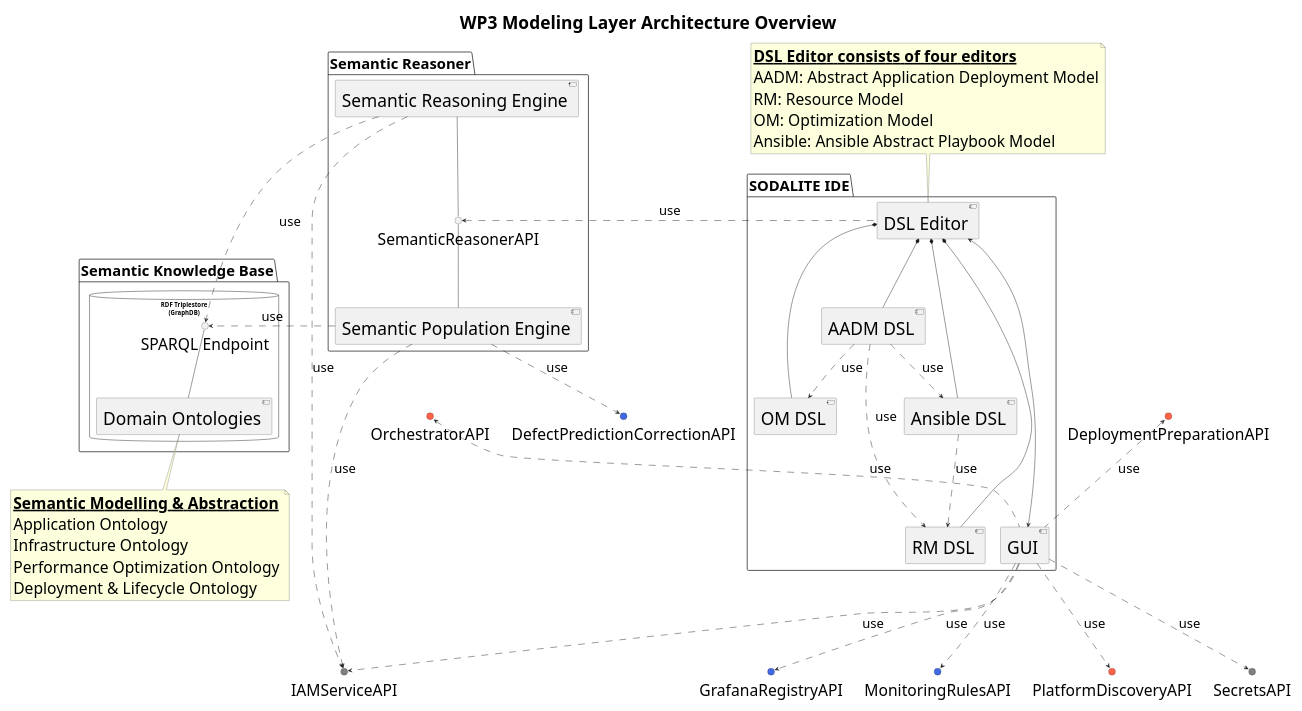
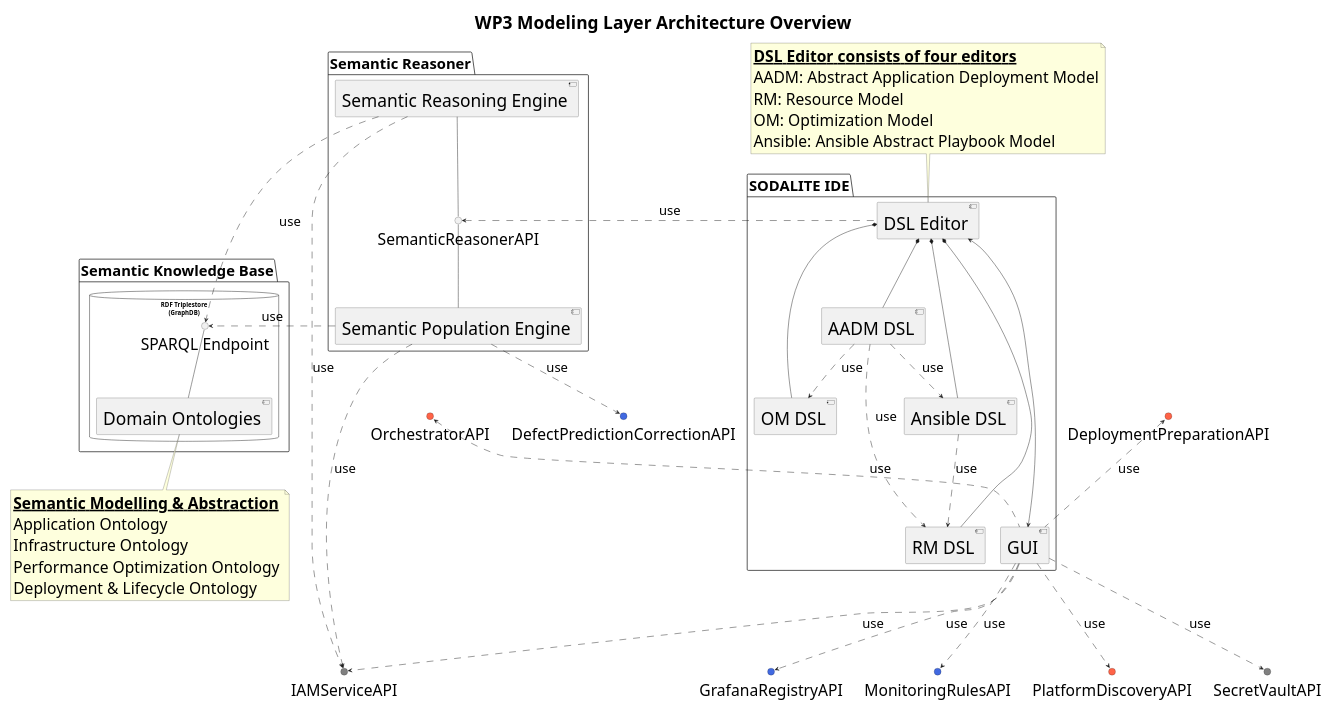
One commit to SODALITE-EU/project-wide-documentation changed the diagram in uml/component-diagrams/CD-WP3-ArchitectureOverview.puml. Above: the diagram before and after it, drawn with PlantUML.

Commit message:
Renamed SecretsAPI to SecretVaultAPI
Renamed SecretsAPI to SecretVaultAPI

```diff
--- a/uml/component-diagrams/CD-WP3-ArchitectureOverview.puml
+++ b/uml/component-diagrams/CD-WP3-ArchitectureOverview.puml
@@ -1,85 +1,85 @@
 @startuml
 title WP3 Modeling Layer Architecture Overview
 skinparam componentFontSize 40
 skinparam componentArrowFontSize 30
 skinparam packageFontSize 34
 skinparam interfaceFontSize 36
 skinparam titleFontSize 40
 skinparam NoteFontSize 36
 
 interface "IAMServiceAPI" as AAUAPI #808080
-interface "SecretsAPI" as SecretsAPI #808080
+interface "SecretVaultAPI" as SecretsAPI #808080
 interface "DeploymentPreparationAPI" as deploymentPreparationAPI #FF6347
 interface "DefectPredictionCorrectionAPI" as correctionAPI #4169E1
 interface "GrafanaRegistryAPI" as GrafanaRegistryAPI #4169E1
 interface "MonitoringRulesAPI" as monitoringRulesAPI #4169E1
 interface "OrchestratorAPI" as orchestratorAPI #FF6347
 interface "PlatformDiscoveryAPI" as PDS #FF6347
 
 package "SODALITE IDE" as IDE {
     component [DSL Editor] as ideDSLeditor
     component [AADM DSL] as AADM
     component [RM DSL] as RM
     component [OM DSL] as OM
     component [Ansible DSL] as Ansible
 
     ideDSLeditor *-- AADM
     ideDSLeditor *-- RM
     ideDSLeditor *-- OM
     ideDSLeditor *-- Ansible
     AADM ..> Ansible: use
     AADM ..> RM: use
     AADM ..> OM: use
     Ansible ..> RM :use
     component [GUI] as ideGUI
 }
 
 note top of ideDSLeditor
    __**DSL Editor consists of four editors**__ 
    AADM: Abstract Application Deployment Model
    RM: Resource Model
    OM: Optimization Model
    Ansible: Ansible Abstract Playbook Model
 end note
 
 
 package "Semantic Reasoner" as res {
     interface "SemanticReasonerAPI" as resAPI
     component [Semantic Population Engine] as resPopulationEngine
     component [Semantic Reasoning Engine] as resReasoningEngine
 }
 
 package "Semantic Knowledge Base" as repo {
     database "RDF Triplestore\n(GraphDB)" as triplestore {
         interface "SPARQL Endpoint" as repoEndpoint
         scale 700 height
         component [Domain Ontologies] as repoOntologies
     }
 }
 
 note bottom of repoOntologies
    __**Semantic Modelling & Abstraction**__ 
    Application Ontology
    Infrastructure Ontology
    Performance Optimization Ontology
    Deployment & Lifecycle Ontology
 end note
 
 ideGUI ..> PDS : use
 resAPI -down- resPopulationEngine
 resAPI -up- resReasoningEngine
 ideDSLeditor .left.> resAPI: use
 ideDSLeditor <-down---> ideGUI 
 repoOntologies -up- repoEndpoint
 resPopulationEngine ..right...> repoEndpoint: use
 resReasoningEngine ..right....> repoEndpoint: use
 resReasoningEngine ..> AAUAPI: use
 resPopulationEngine ..> correctionAPI: use
 resPopulationEngine ..> AAUAPI: use
 ideGUI .up.> deploymentPreparationAPI : use
 ideGUI ..> GrafanaRegistryAPI : use
 ideGUI ..> monitoringRulesAPI : use
 ideGUI ..> SecretsAPI : use
 ideGUI .up.> orchestratorAPI : use
 ideGUI ..> AAUAPI: use
 @enduml
```
